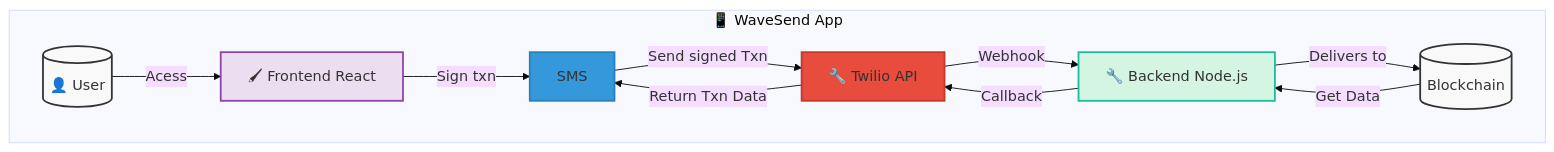
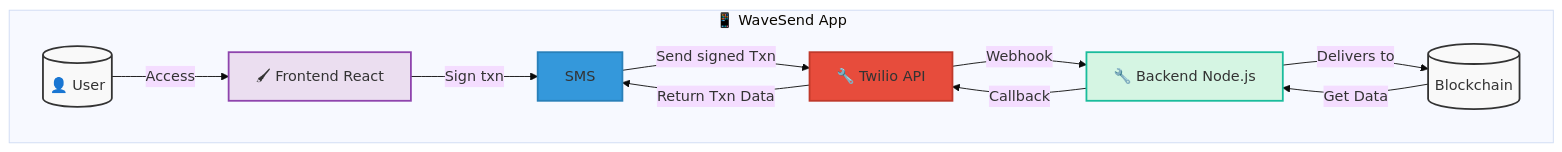
One commit to dannilobr/WS changed the diagram in README.md. Above: the diagram before and after it, drawn with Mermaid (base theme).

Commit message:
Update README.md
Repo made for wavesend app.

````diff
--- a/README.md
+++ b/README.md
@@ -10,29 +10,29 @@
 ```mermaid
 flowchart TD
  subgraph subGraph0["📱 WaveSend App"]
         Frontend["🖌 Frontend React"]
         User[("👤 User")]
         SMS["SMS"]
         Twilio["🔧 Twilio API"]
         Backend["🔧 Backend Node.js"]
         Blockchain["Blockchain"]
   end
-    User -- Acess --> Frontend
+    User -- Access --> Frontend
     Frontend -- Sign txn --> SMS
     SMS -- Send signed Txn --> Twilio
     Twilio -- Webhook --> Backend
     Backend -- Callback --> Twilio
     Backend -- Delivers to --> Blockchain
     Blockchain -- Get Data --> Backend
     Twilio -- Return Txn Data --> SMS
 
     Blockchain@{ shape: cyl}
     style Frontend fill:#ebdef0,stroke:#8e44ad,stroke-width:2px
     style User fill:#f9f9f9,stroke:#333,stroke-width:2px
     style SMS fill:#3498db,stroke:#2980b9,stroke-width:2px
     style Twilio fill:#e74c3c,stroke:#c0392b,stroke-width:2px
     style Backend fill:#d5f5e3,stroke:#1abc9c,stroke-width:2px
     style Blockchain fill:#f9f9f9,stroke:#333,stroke-width:2px
 
 
 ```
````
